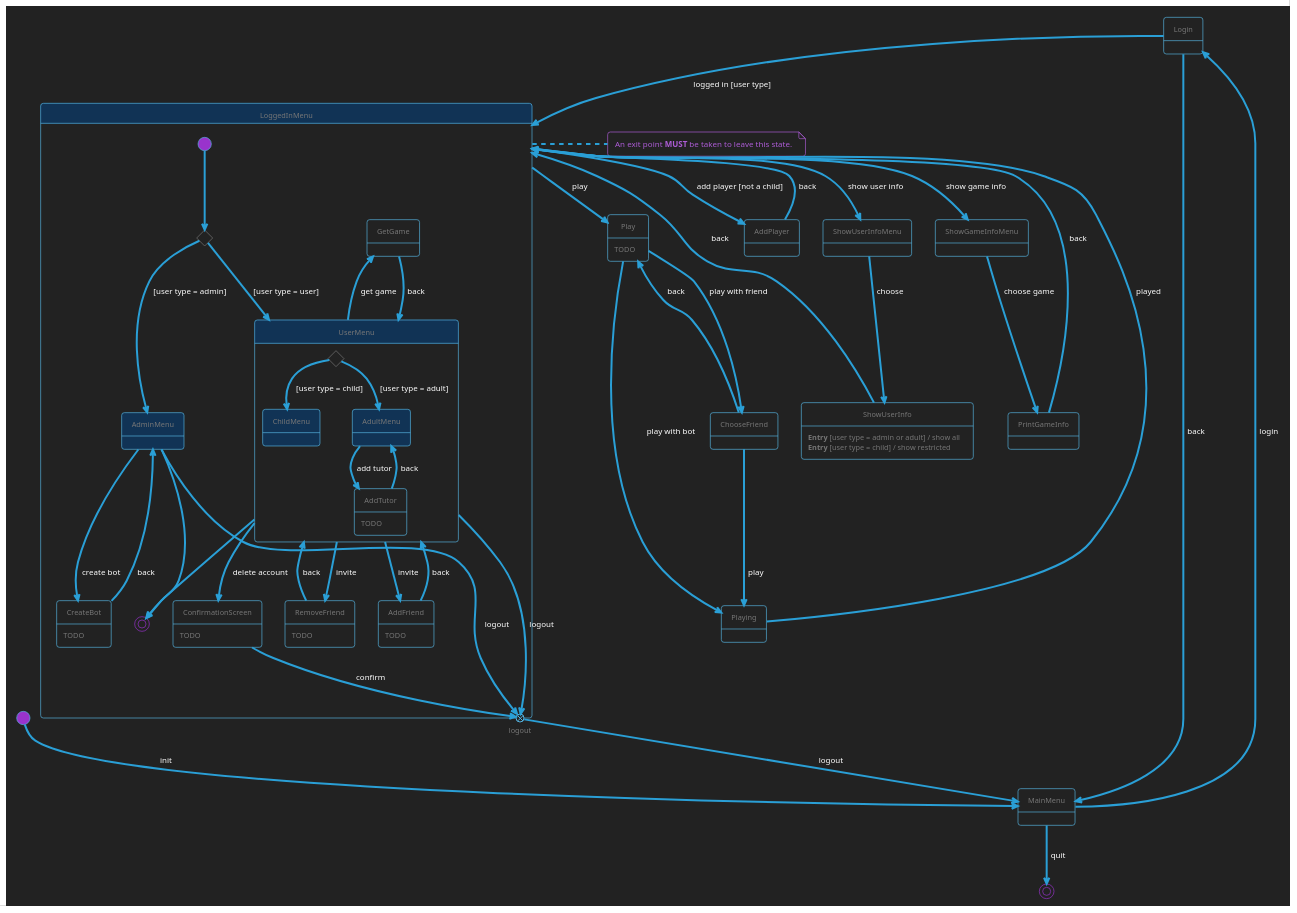
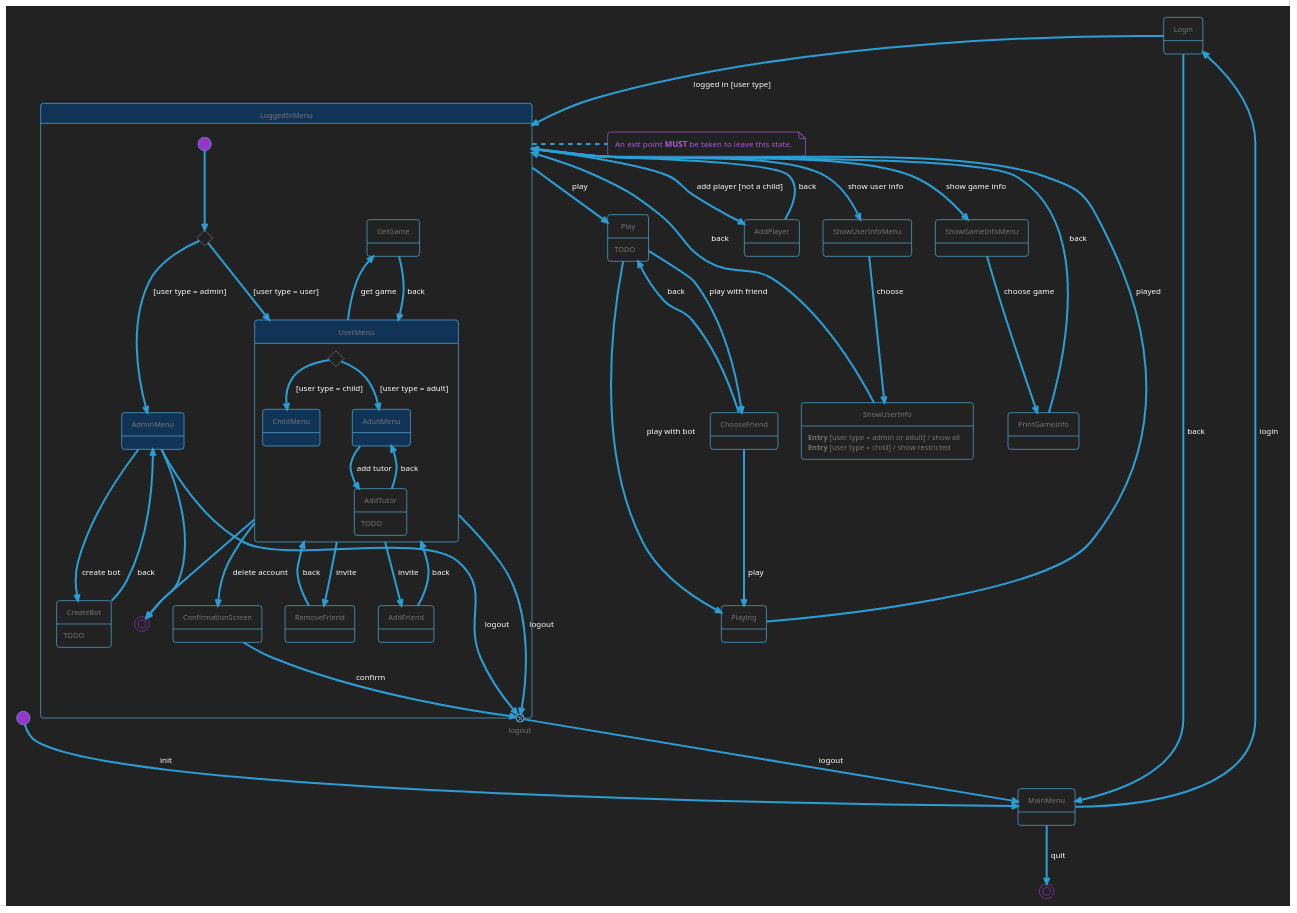
Before and after one commit to Picorims/game-hub: the diagram in docs/menu_state_machine.plantuml, drawn with PlantUML. The commit also changed 3 other files, not shown here.

```diff
--- a/docs/menu_state_machine.plantuml
+++ b/docs/menu_state_machine.plantuml
@@ -1,117 +1,114 @@
 @startuml menu_state_machine
 'MIT License
 '
 'Copyright (c) 2023 Picorims alias Charly Schmidt
 '
 'Permission is hereby granted, free of charge, to any person obtaining a copy
 'of this software and associated documentation files (the "Software"), to deal
 'in the Software without restriction, including without limitation the rights
 'to use, copy, modify, merge, publish, distribute, sublicense, and/or sell
 'copies of the Software, and to permit persons to whom the Software is
 'furnished to do so, subject to the following conditions:
 '
 'The above copyright notice and this permission notice shall be included in all
 'copies or substantial portions of the Software.
 '
 'THE SOFTWARE IS PROVIDED "AS IS", WITHOUT WARRANTY OF ANY KIND, EXPRESS OR
 'IMPLIED, INCLUDING BUT NOT LIMITED TO THE WARRANTIES OF MERCHANTABILITY,
 'FITNESS FOR A PARTICULAR PURPOSE AND NONINFRINGEMENT. IN NO EVENT SHALL THE
 'AUTHORS OR COPYRIGHT HOLDERS BE LIABLE FOR ANY CLAIM, DAMAGES OR OTHER
 'LIABILITY, WHETHER IN AN ACTION OF CONTRACT, TORT OR OTHERWISE, ARISING FROM,
 'OUT OF OR IN CONNECTION WITH THE SOFTWARE OR THE USE OR OTHER DEALINGS IN THE
 'SOFTWARE.
 
 !theme cyborg-outline
 skinparam BackgroundColor #222222
 
 state ShowUserInfoMenu
 state ShowGameInfoMenu
 state AddPlayer
 
 [*] --> MainMenu: init
 
 MainMenu --> Login: login
 MainMenu --> [*]: quit
 
 Login --> LoggedInMenu: logged in [user type]
 Login --> MainMenu: back
 
 state LoggedInMenu #113355 {
     state logout <<exitPoint>>
 
     state loginChoice <<choice>>
     [*] --> loginChoice
     loginChoice --> UserMenu: [user type = user]
     loginChoice --> AdminMenu: [user type = admin]
 
     state AdminMenu #113355
     AdminMenu --> logout: logout
     AdminMenu --> CreateBot: create bot
     AdminMenu --> [*]
 
     CreateBot --> AdminMenu: back
     CreateBot: TODO
 
     state UserMenu #113355 {
         state userChoice <<choice>>
         userChoice --> ChildMenu: [user type = child]
         userChoice --> AdultMenu: [user type = adult]
 
         state ChildMenu #113355
 
         state AdultMenu #113355
         AdultMenu --> AddTutor: add tutor
 
         AddTutor --> AdultMenu: back
         AddTutor: TODO
     }
     UserMenu --> AddFriend: invite
     UserMenu --> RemoveFriend: invite
     UserMenu -up-> GetGame: get game
     UserMenu --> logout: logout
     UserMenu --> ConfirmationScreen: delete account
     UserMenu --> [*]
 
     ConfirmationScreen --> logout: confirm
-    ConfirmationScreen: TODO
 
     GetGame --> UserMenu: back
 
     AddFriend --> UserMenu: back
-    AddFriend: TODO
 
     RemoveFriend --> UserMenu: back
-    RemoveFriend: TODO
 }
 logout --> MainMenu: logout
 LoggedInMenu --> ShowUserInfoMenu: show user info
 LoggedInMenu --> ShowGameInfoMenu: show game info
 LoggedInMenu --> AddPlayer: add player [not a child]
 LoggedInMenu --> Play: play
 
 note right of LoggedInMenu
     An exit point <b>MUST</b> be taken to leave this state.
 end note
 
 ShowUserInfoMenu --> ShowUserInfo: choose
 
 ShowUserInfo: <b>Entry</b> [user type = admin or adult] / show all
 ShowUserInfo: <b>Entry</b> [user type = child] / show restricted
 ShowUserInfo --> LoggedInMenu: back
 
 ShowGameInfoMenu --> PrintGameInfo: choose game
 
 PrintGameInfo --> LoggedInMenu: back
 
 AddPlayer --> LoggedInMenu: back
 
 Play --> ChooseFriend: play with friend
 Play --> Playing: play with bot
 Play: TODO
 
 ChooseFriend --> Playing: play
 ChooseFriend --> Play: back
 
 Playing --> LoggedInMenu: played
 
 @enduml
```
